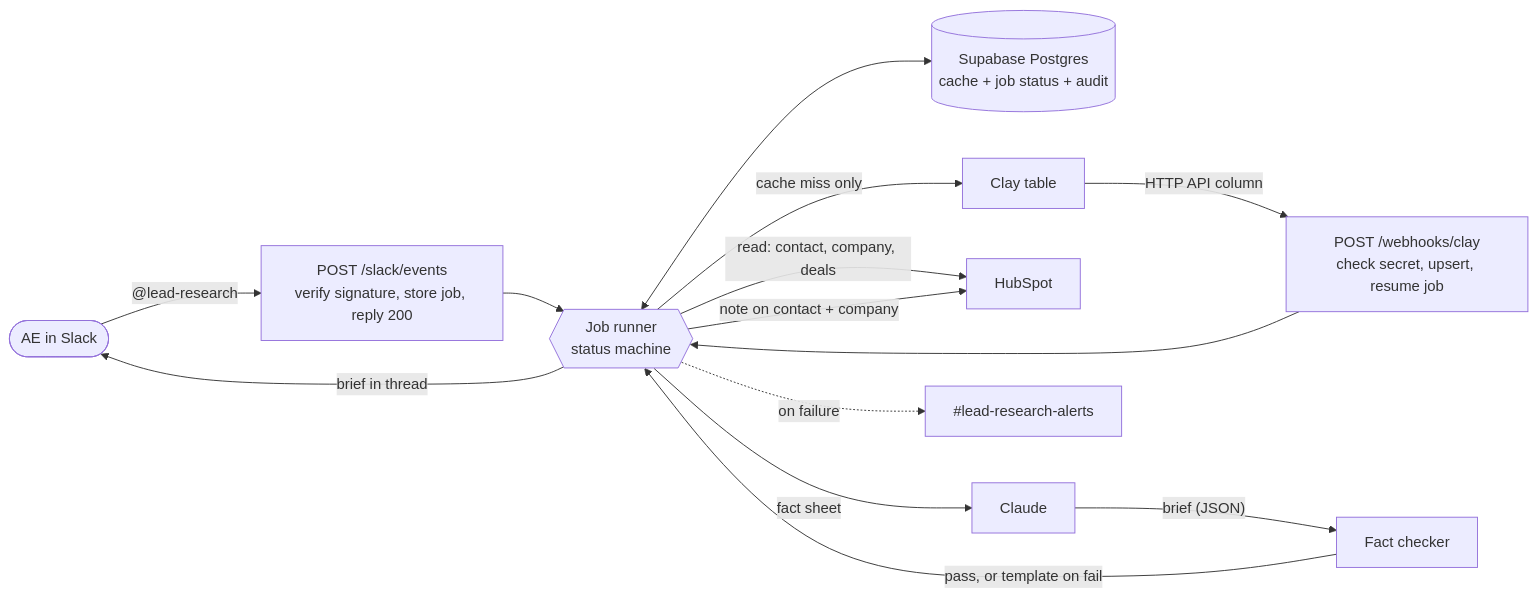
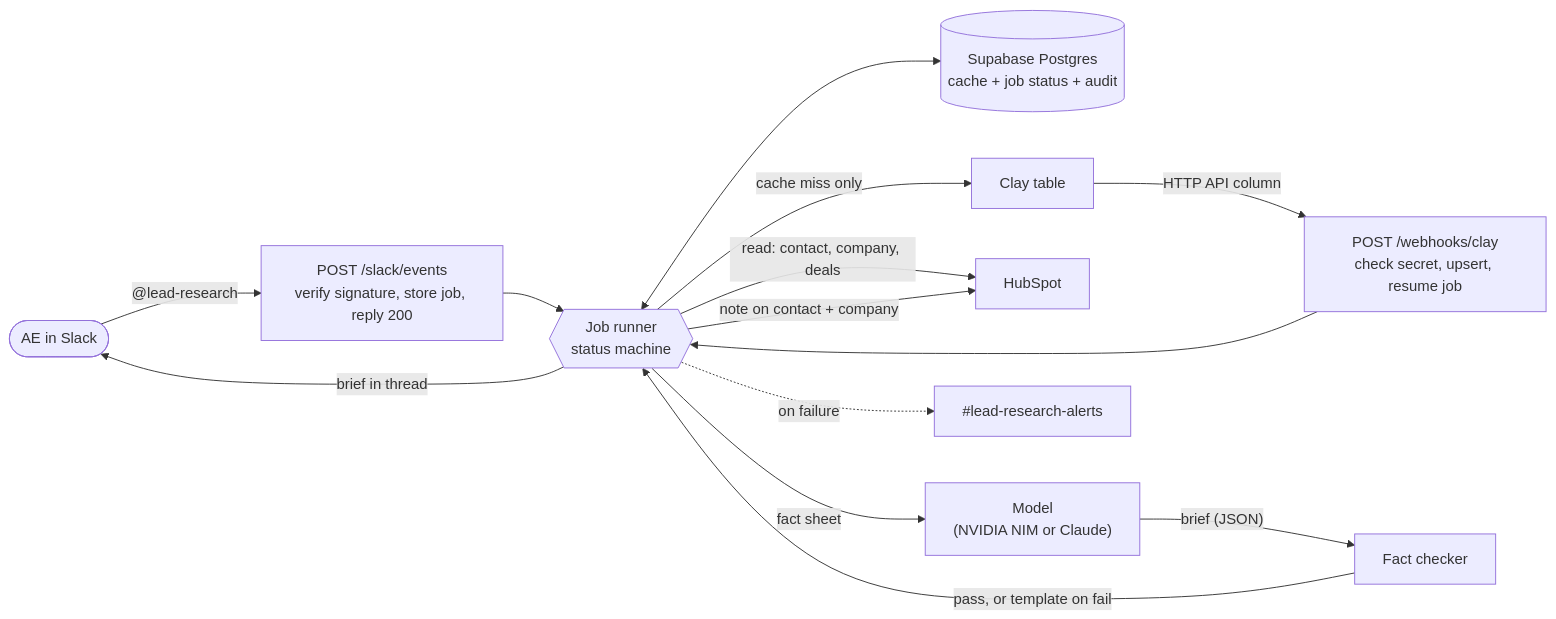
The first of 2 diagrams in README.md (aloks1490/lead-research-bot), drawn with Mermaid before and after one commit. The commit also changed other lines of this file and 7 other files, not shown here.

First line of the commit message:
Model provider is a setting: OpenAI-compatible endpoints or Claude

````diff
--- a/README.md
+++ b/README.md
@@ -17,16 +17,16 @@
 ```mermaid
 flowchart LR
     AE([AE in Slack]) -- "@lead-research <url>" --> SE["POST /slack/events<br/>verify signature, store job, reply 200"]
     SE --> R{{Job runner<br/>status machine}}
     R <--> DB[(Supabase Postgres<br/>cache + job status + audit)]
     R -- "cache miss only" --> CL[Clay table]
     CL -- "HTTP API column" --> CB["POST /webhooks/clay<br/>check secret, upsert, resume job"]
     CB --> R
     R -- "read: contact, company, deals" --> HS[HubSpot]
-    R -- "fact sheet" --> C[Claude]
+    R -- "fact sheet" --> C["Model<br/>(NVIDIA NIM or Claude)"]
     C -- "brief (JSON)" --> CK[Fact checker]
     CK -- "pass, or template on fail" --> R
     R -- "brief in thread" --> AE
     R -- "note on contact + company" --> HS
     R -. "on failure" .-> AL["#lead-research-alerts"]
 ```
````
